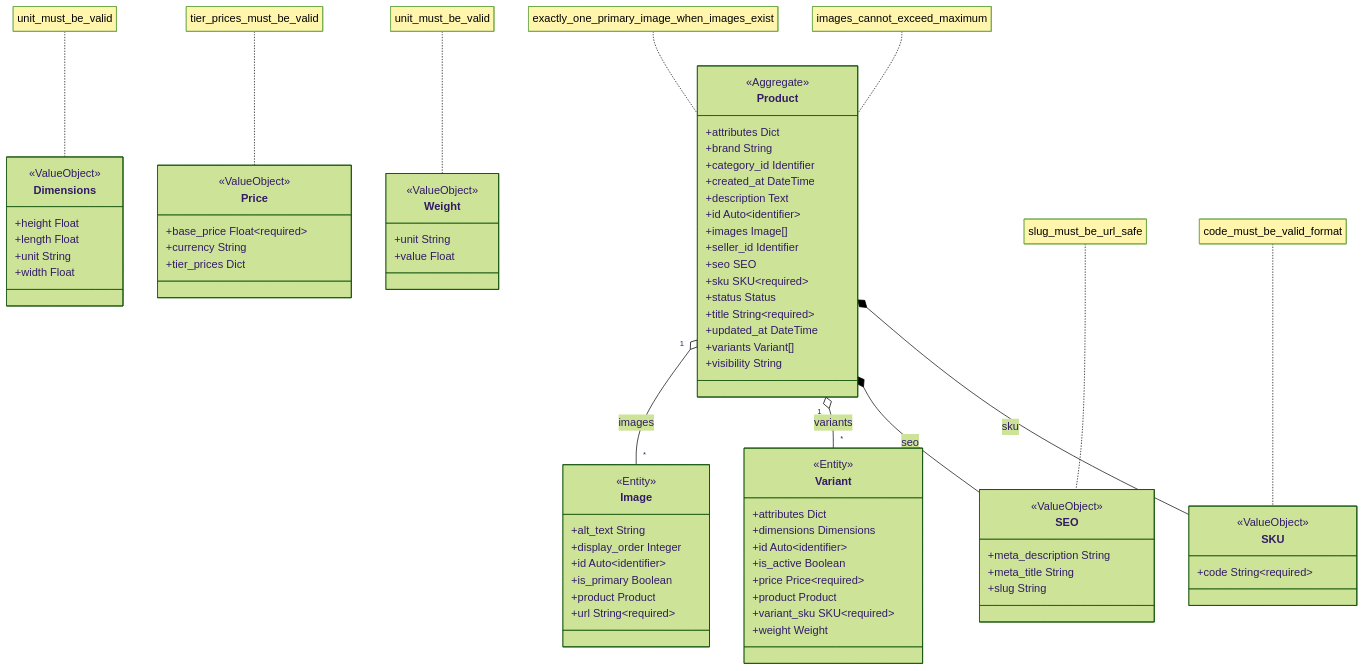
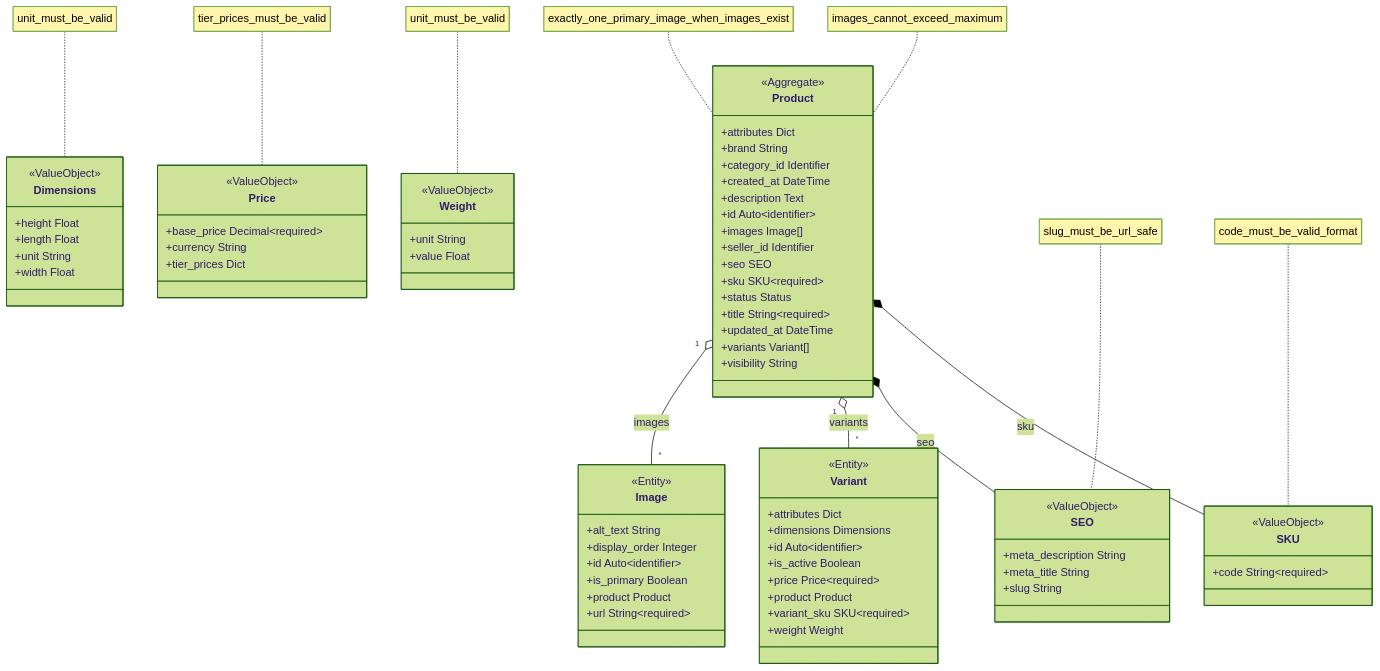
Before and after one commit to proteanhq/shopstream: the second of 2 diagrams in docs/catalogue/clusters.md, drawn with Mermaid (forest theme). The commit also changed 290 other files, not shown here.

First line of the commit message:
Move event money fields from Float to Decimal (#124)

````diff
--- a/docs/catalogue/clusters.md
+++ b/docs/catalogue/clusters.md
@@ -21,80 +21,80 @@
 ```mermaid
 classDiagram
     class catalogue_product_product_Product["Product"] {
         <<Aggregate>>
         +attributes Dict
         +brand String
         +category_id Identifier
         +created_at DateTime
         +description Text
         +id Auto~identifier~
         +images Image[]
         +seller_id Identifier
         +seo SEO
         +sku SKU~required~
         +status Status
         +title String~required~
         +updated_at DateTime
         +variants Variant[]
         +visibility String
     }
     note for catalogue_product_product_Product "exactly_one_primary_image_when_images_exist"
     note for catalogue_product_product_Product "images_cannot_exceed_maximum"
     class catalogue_product_product_Image["Image"] {
         <<Entity>>
         +alt_text String
         +display_order Integer
         +id Auto~identifier~
         +is_primary Boolean
         +product Product
         +url String~required~
     }
     catalogue_product_product_Product "1" o-- "*" catalogue_product_product_Image : images
     class catalogue_product_product_Variant["Variant"] {
         <<Entity>>
         +attributes Dict
         +dimensions Dimensions
         +id Auto~identifier~
         +is_active Boolean
         +price Price~required~
         +product Product
         +variant_sku SKU~required~
         +weight Weight
     }
     catalogue_product_product_Product "1" o-- "*" catalogue_product_product_Variant : variants
     class catalogue_product_product_Dimensions["Dimensions"] {
         <<ValueObject>>
         +height Float
         +length Float
         +unit String
         +width Float
     }
     note for catalogue_product_product_Dimensions "unit_must_be_valid"
     class catalogue_product_product_Price["Price"] {
         <<ValueObject>>
-        +base_price Float~required~
+        +base_price Decimal~required~
         +currency String
         +tier_prices Dict
     }
     note for catalogue_product_product_Price "tier_prices_must_be_valid"
     class catalogue_product_product_SEO["SEO"] {
         <<ValueObject>>
         +meta_description String
         +meta_title String
         +slug String
     }
     note for catalogue_product_product_SEO "slug_must_be_url_safe"
     catalogue_product_product_Product *-- catalogue_product_product_SEO : seo
     class catalogue_product_product_Weight["Weight"] {
         <<ValueObject>>
         +unit String
         +value Float
     }
     note for catalogue_product_product_Weight "unit_must_be_valid"
     class catalogue_shared_sku_SKU["SKU"] {
         <<ValueObject>>
         +code String~required~
     }
     note for catalogue_shared_sku_SKU "code_must_be_valid_format"
     catalogue_product_product_Product *-- catalogue_shared_sku_SKU : sku
 ```
````
